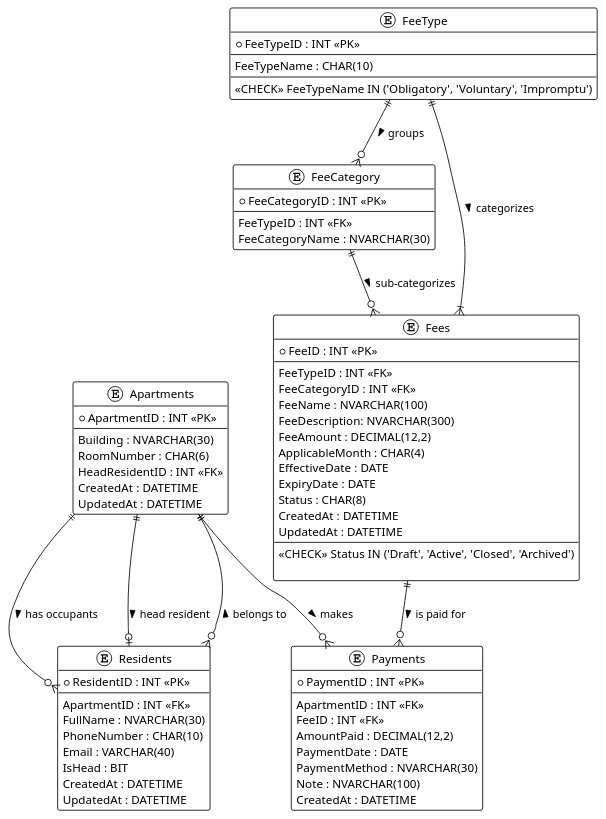
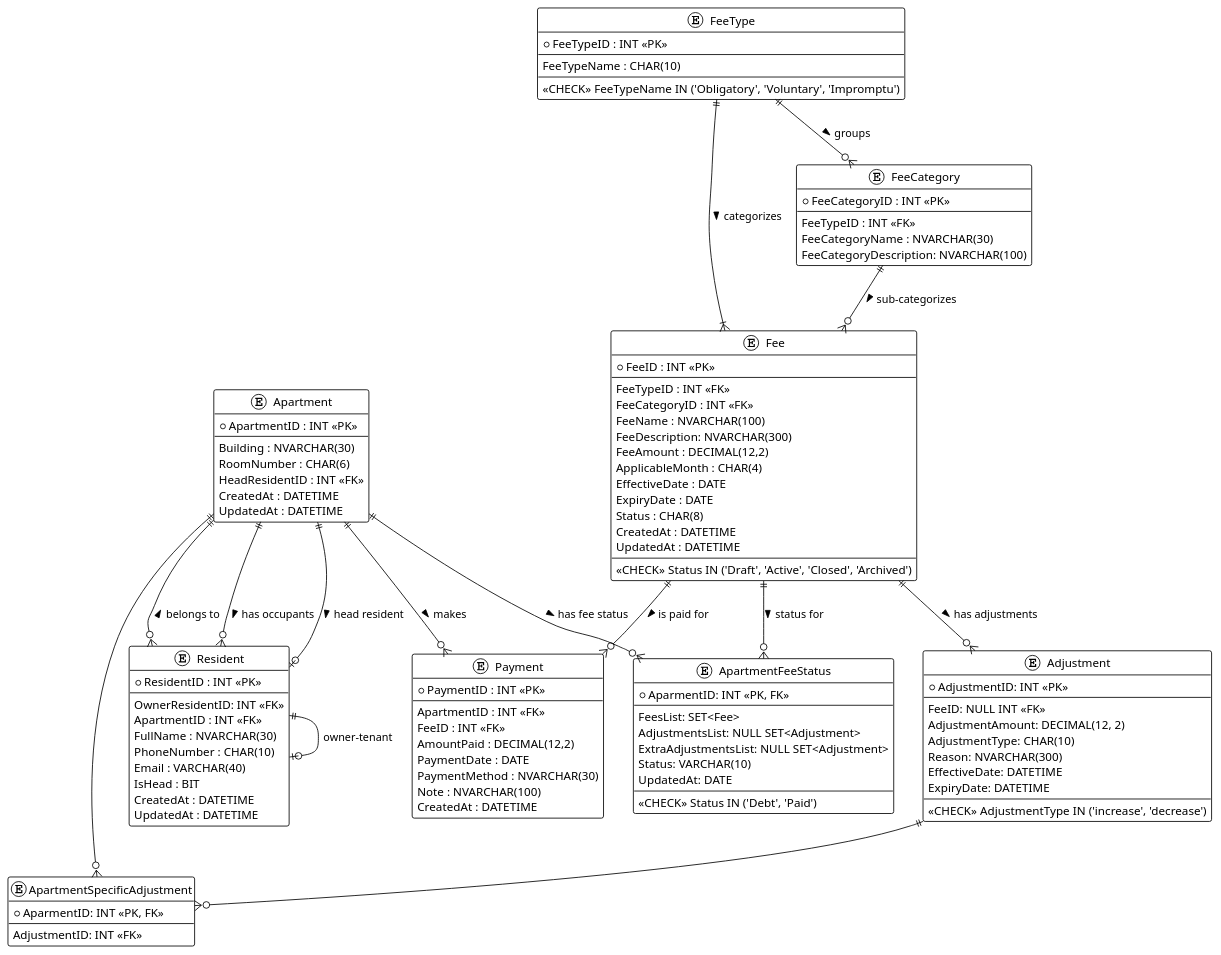
One commit to khoatran18/BluemoonManagement changed the diagram in docs/sprint1/er_diagram.puml. Above: the diagram before and after it, drawn with PlantUML.

Commit message:
refactor: update entity names and add new entities in ER diagram

```diff
--- a/docs/sprint1/er_diagram.puml
+++ b/docs/sprint1/er_diagram.puml
@@ -1,84 +1,124 @@
 @startuml name "db"
 !theme plain
 
-entity "Apartments" as Apartments {
+entity "Apartment" as Apartment {
   + ApartmentID : INT <<PK>>
   --
   Building : NVARCHAR(30)
   RoomNumber : CHAR(6)
   HeadResidentID : INT <<FK>>
   CreatedAt : DATETIME
   UpdatedAt : DATETIME
 }
 
-entity "Residents" as Residents {
+entity "Resident" as Resident {
   + ResidentID : INT <<PK>>
   --
+  OwnerResidentID: INT <<FK>>
   ApartmentID : INT <<FK>>
   FullName : NVARCHAR(30)
   PhoneNumber : CHAR(10)
   Email : VARCHAR(40)
   IsHead : BIT
   CreatedAt : DATETIME
   UpdatedAt : DATETIME
 }
 
 entity "FeeType" as FeeType {
   + FeeTypeID : INT <<PK>>
   --
   FeeTypeName : CHAR(10)
   --
   <<CHECK>> FeeTypeName IN ('Obligatory', 'Voluntary', 'Impromptu')
 }
 
 entity "FeeCategory" as FeeCategory {
   + FeeCategoryID : INT <<PK>>
   --
   FeeTypeID : INT <<FK>>
   FeeCategoryName : NVARCHAR(30)
+  FeeCategoryDescription: NVARCHAR(100)
 }
 
-entity "Fees" as Fees {
+entity "Fee" as Fee {
   + FeeID : INT <<PK>>
   --
   FeeTypeID : INT <<FK>>
   FeeCategoryID : INT <<FK>>
   FeeName : NVARCHAR(100)
   FeeDescription: NVARCHAR(300)
   FeeAmount : DECIMAL(12,2)
   ApplicableMonth : CHAR(4)
   EffectiveDate : DATE
   ExpiryDate : DATE
   Status : CHAR(8)
   CreatedAt : DATETIME
   UpdatedAt : DATETIME
   --
    <<CHECK>> Status IN ('Draft', 'Active', 'Closed', 'Archived')
-
 }
 
-entity "Payments" as Payments {
+
+entity "Payment" as Payment {
   + PaymentID : INT <<PK>>
   --
   ApartmentID : INT <<FK>>
   FeeID : INT <<FK>>
   AmountPaid : DECIMAL(12,2)
   PaymentDate : DATE
   PaymentMethod : NVARCHAR(30)
   Note : NVARCHAR(100)
   CreatedAt : DATETIME
 }
 
+entity "ApartmentFeeStatus" as ApartmentFeeStatus{
+  + AparmentID: INT <<PK, FK>>
+  --
+  FeesList: SET<Fee>
+  AdjustmentsList: NULL SET<Adjustment>
+  ExtraAdjustmentsList: NULL SET<Adjustment>
+  Status: VARCHAR(10)
+  UpdatedAt: DATE
+  --
+  <<CHECK>> Status IN ('Debt', 'Paid')
+}
+
+entity "Adjustment" as Adjustment{
+  + AdjustmentID: INT <<PK>>
+  --
+  FeeID: NULL INT <<FK>>
+  AdjustmentAmount: DECIMAL(12, 2)
+  AdjustmentType: CHAR(10)
+  Reason: NVARCHAR(300)
+  EffectiveDate: DATETIME
+  ExpiryDate: DATETIME 
+  --
+  <<CHECK>> AdjustmentType IN ('increase', 'decrease')
+}
+
+entity "ApartmentSpecificAdjustment" as ApartmentSpecificAdjustment{
+  + AparmentID: INT <<PK, FK>>
+  --
+  AdjustmentID: INT <<FK>>
+}
+
 '--------------------------
 ' Relationships
 '--------------------------
 
-Apartments ||--o{ Residents : "has occupants >"
-Residents }o--|| Apartments : "belongs to >"
-Apartments ||--o{ Payments : "makes >"
-Fees ||--o{ Payments : "is paid for >"
-FeeType ||--|{ Fees : "categorizes >"
+Apartment ||--o{ Resident : "has occupants >"
+Resident }o--|| Apartment : "belongs to >"
+Resident ||--o| Resident: "owner-tenant"
+Apartment ||--o{ Payment : "makes >"
+Fee ||--o{ Payment : "is paid for >"
+FeeType ||--|{ Fee : "categorizes >"
 FeeType ||--o{ FeeCategory : "groups >"
-FeeCategory ||--o{ Fees : "sub-categorizes >"
-Apartments ||--o| Residents : "head resident >"
+FeeCategory ||--o{ Fee : "sub-categorizes >"
+Apartment ||--o| Resident : "head resident >"
+Apartment ||--o{ ApartmentFeeStatus : "has fee status >"
+Fee ||--o{ ApartmentFeeStatus : "status for >"
+Fee ||--o{ Adjustment : "has adjustments >"
+Apartment ||--o{ ApartmentSpecificAdjustment
+Adjustment ||--o{ ApartmentSpecificAdjustment
+
 @enduml
```
